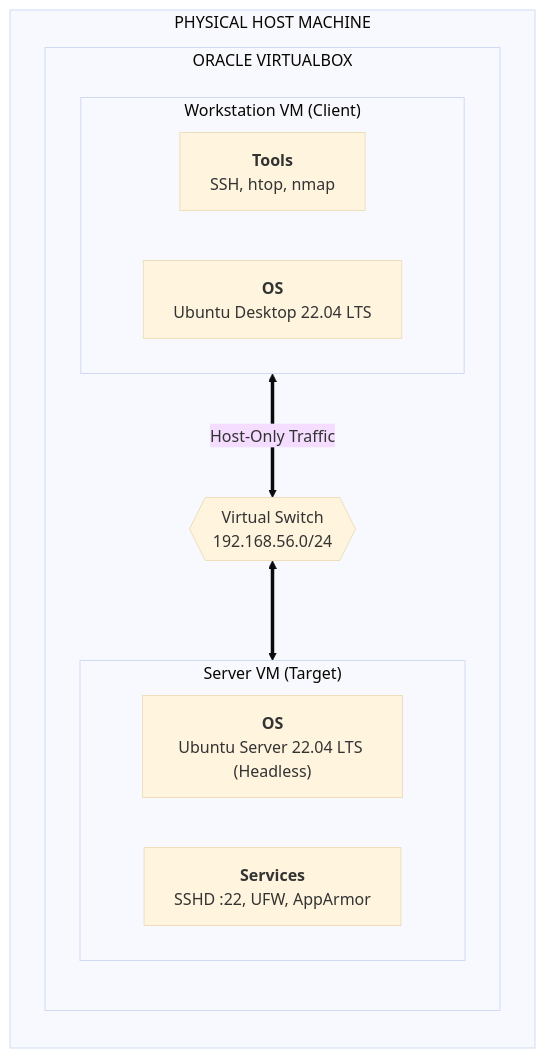
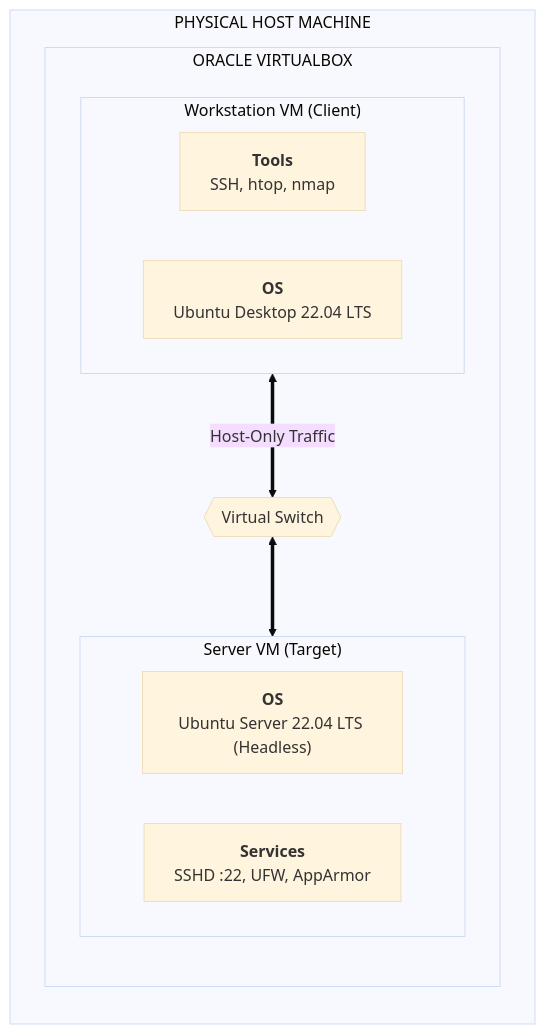
Before and after one commit to Z23599848/OS-coursework: the diagram in journal/week1.md, drawn with Mermaid (base theme).

Commit message:
Change Virtual Switch label in week1.md
Updated the label for the Virtual Switch in week1.md.

````diff
--- a/journal/week1.md
+++ b/journal/week1.md
@@ -17,27 +17,27 @@
 ```mermaid
 graph TD
     subgraph PhysicalHost ["PHYSICAL HOST MACHINE"]
         direction TB
         
         subgraph VirtualBox ["ORACLE VIRTUALBOX"]
             direction TB
 
             subgraph VM_Client ["Workstation VM (Client)"]
                 direction LR
                 Tools["<b>Tools</b><br/>SSH, htop, nmap"]
                 OS_Client["<b>OS</b><br/>Ubuntu Desktop 22.04 LTS"]
             end
 
-            VSwitch{{"Virtual Switch<br/>192.168.56.0/24"}}
+            VSwitch{{"Virtual Switch"}}
 
             subgraph VM_Server ["Server VM (Target)"]
                 direction LR
                 OS_Server["<b>OS</b><br/>Ubuntu Server 22.04 LTS (Headless)"]
                 Services["<b>Services</b><br/>SSHD :22, UFW, AppArmor"]
             end
 
             VM_Client <==>|"Host-Only Traffic"| VSwitch
             VSwitch <==> VM_Server
         end
     end
 ```
````
